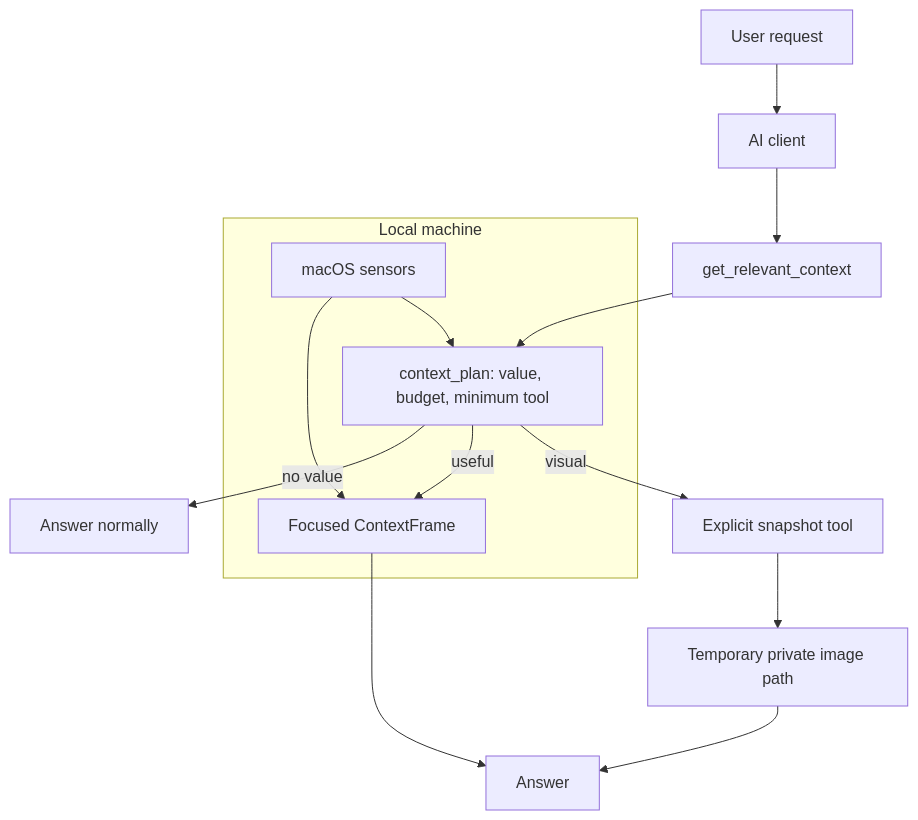
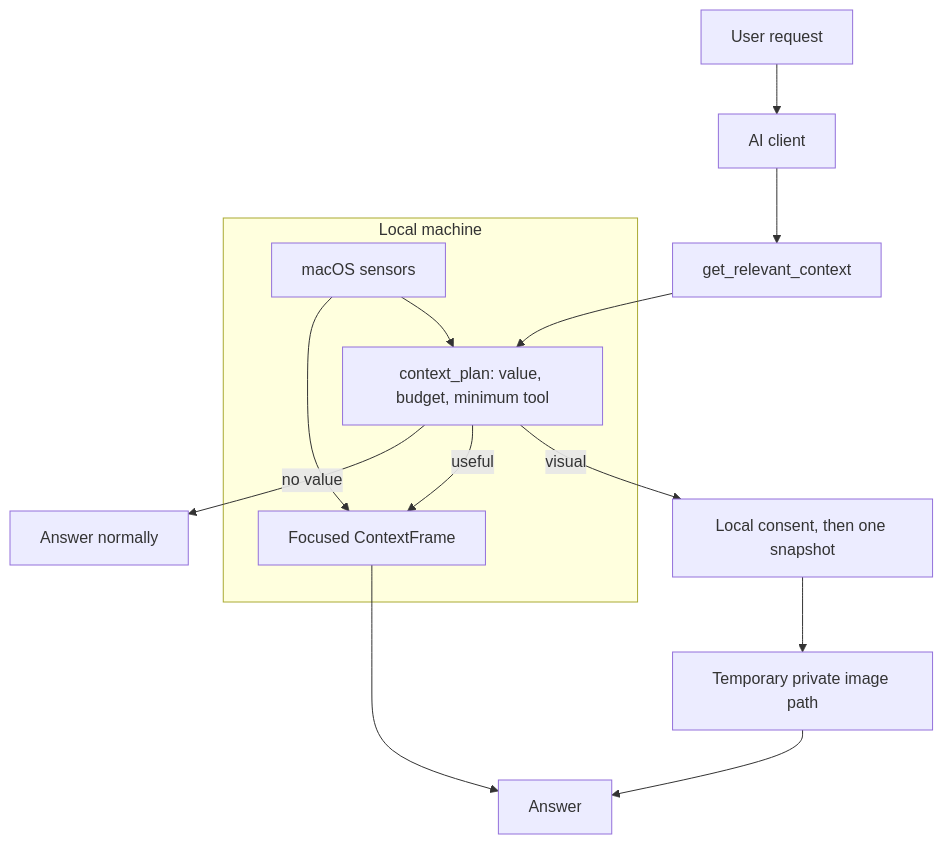
The diagram in README.md (ChrisJDiMarco/sense-mcp), drawn with Mermaid before and after one commit. The commit also changed other lines of this file and 97 other files, not shown here.

````diff
--- a/README.md
+++ b/README.md
@@ -69,18 +69,18 @@
 ```mermaid
 flowchart TD
   U["User request"] --> C["AI client"]
   C --> R["get_relevant_context"]
   R --> P["context_plan: value, budget, minimum tool"]
   P -->|"no value"| N["Answer normally"]
   P -->|"useful"| F["Focused ContextFrame"]
-  P -->|"visual"| V["Explicit snapshot tool"]
+  P -->|"visual"| V["Local consent, then one snapshot"]
   V --> I["Temporary private image path"]
   F --> A["Answer"]
   I --> A
 
   subgraph "Local machine"
     S["macOS sensors"]
     S --> F
     S --> P
   end
 ```
````
